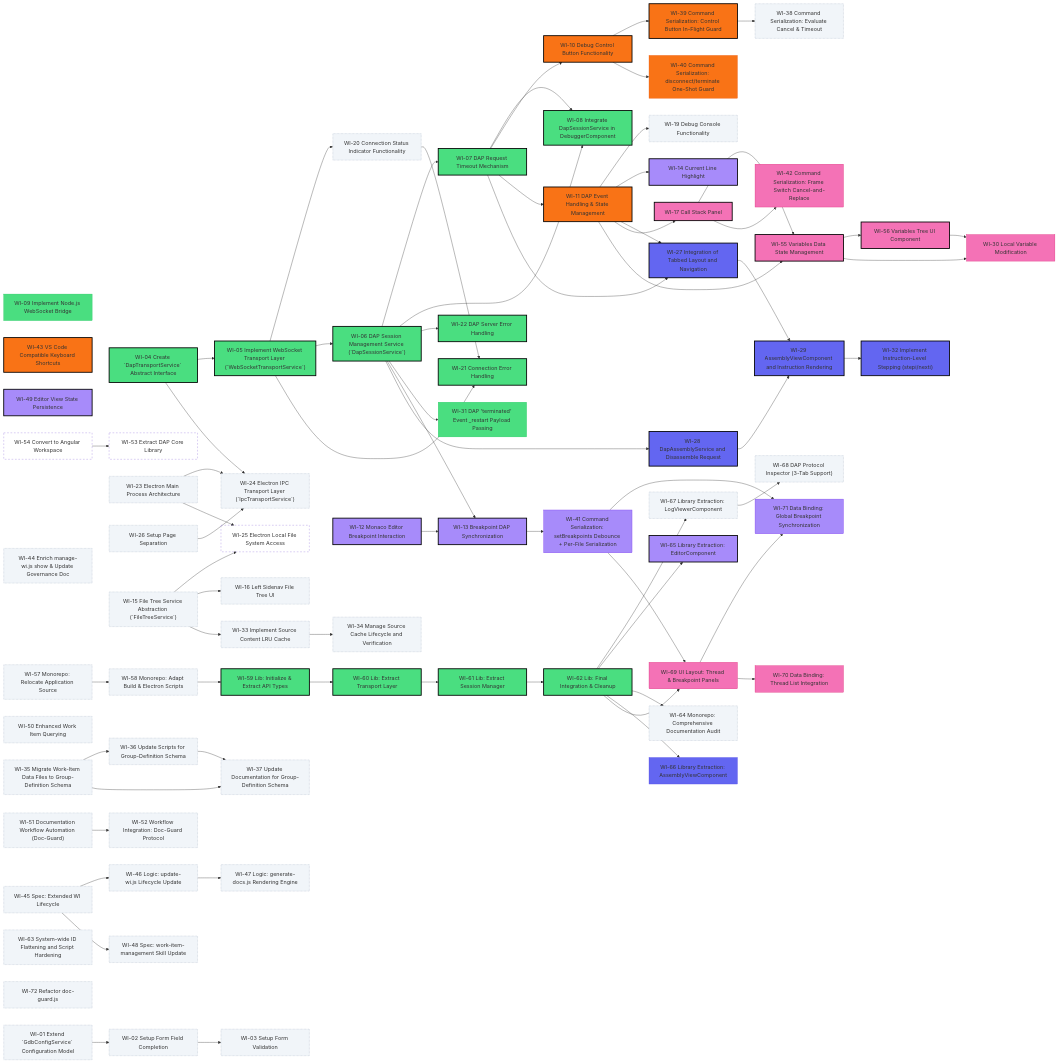
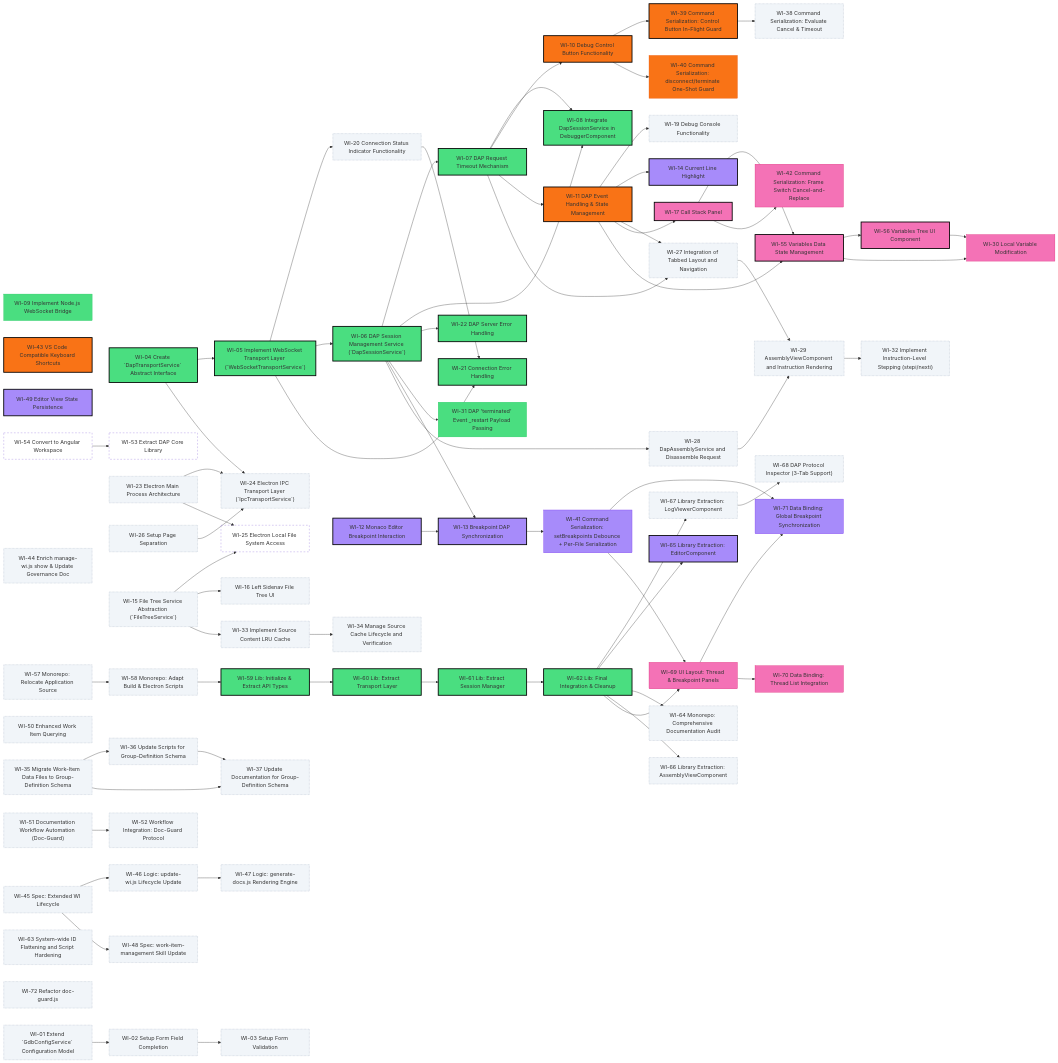
One commit to tangpo387-arch/taro-debugger changed the diagram in docs/project-roadmap.md. Above: the diagram before and after it, drawn with Mermaid. The commit also changed other lines of this file and 21 other files, not shown here.

```diff
--- a/docs/project-roadmap.md
+++ b/docs/project-roadmap.md
@@ -203,11 +203,11 @@
     style WI_63 fill:#f1f5f9,stroke:#94a3b8,stroke-width:1px,stroke-dasharray:2
     style WI_64 fill:#f1f5f9,stroke:#94a3b8,stroke-width:1px,stroke-dasharray:2
     style WI_72 fill:#f1f5f9,stroke:#94a3b8,stroke-width:1px,stroke-dasharray:2
-    style WI_27 fill:#6366f1,stroke:#000,stroke-width:2.5px
-    style WI_28 fill:#6366f1,stroke:#000,stroke-width:2.5px
-    style WI_29 fill:#6366f1,stroke:#000,stroke-width:2.5px
-    style WI_32 fill:#6366f1,stroke:#000,stroke-width:2.5px
-    style WI_66 fill:#6366f1,stroke:#4f46e5
+    style WI_27 fill:#f1f5f9,stroke:#94a3b8,stroke-width:1px,stroke-dasharray:2
+    style WI_28 fill:#f1f5f9,stroke:#94a3b8,stroke-width:1px,stroke-dasharray:2
+    style WI_29 fill:#f1f5f9,stroke:#94a3b8,stroke-width:1px,stroke-dasharray:2
+    style WI_32 fill:#f1f5f9,stroke:#94a3b8,stroke-width:1px,stroke-dasharray:2
+    style WI_66 fill:#f1f5f9,stroke:#94a3b8,stroke-width:1px,stroke-dasharray:2
     style WI_01 fill:#f1f5f9,stroke:#94a3b8,stroke-width:1px,stroke-dasharray:2
     style WI_02 fill:#f1f5f9,stroke:#94a3b8,stroke-width:1px,stroke-dasharray:2
     style WI_03 fill:#f1f5f9,stroke:#94a3b8,stroke-width:1px,stroke-dasharray:2
```
